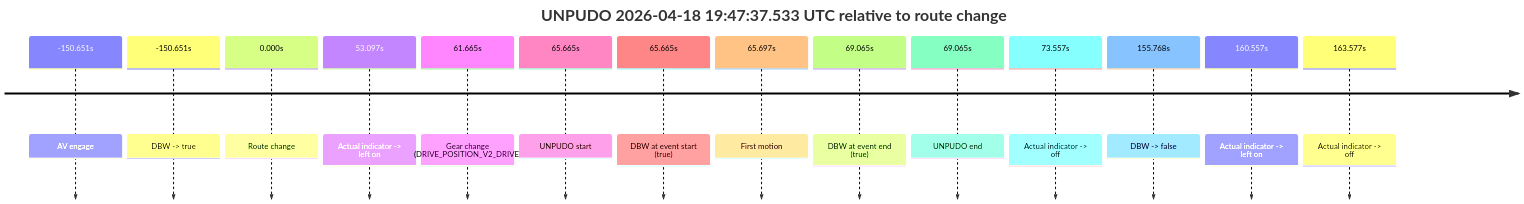
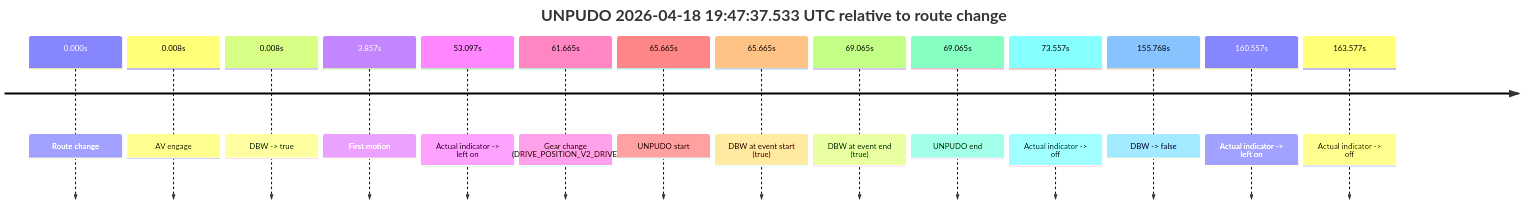
Before and after one commit to yoelshapiro/vault: the fifth of 5 diagrams in model_analysis/report_cards/2026/04/Week-3/fme20002--2026-04-18--19-15-35--gen2-av-5854f931-35f6-449b-83bc-06f77637cb31.md, drawn with Mermaid. The commit also changed other lines of this file and 41 other files, not shown here.

````diff
--- a/model_analysis/report_cards/2026/04/Week-3/fme20002--2026-04-18--19-15-35--gen2-av-5854f931-35f6-449b-83bc-06f77637cb31.md
+++ b/model_analysis/report_cards/2026/04/Week-3/fme20002--2026-04-18--19-15-35--gen2-av-5854f931-35f6-449b-83bc-06f77637cb31.md
@@ -233,18 +423,18 @@
 ```mermaid
 timeline
     title UNPUDO 2026-04-18 19:47:37.533 UTC relative to route change
-    -150.651s : AV engage
-    -150.651s : DBW -> true
     0.000s : Route change
+    0.008s : AV engage
+    0.008s : DBW -> true
+    3.857s : First motion
     53.097s : Actual indicator -> left on
     61.665s : Gear change (DRIVE_POSITION_V2_DRIVE)
     65.665s : UNPUDO start
     65.665s : DBW at event start (true)
-    65.697s : First motion
     69.065s : DBW at event end (true)
     69.065s : UNPUDO end
     73.557s : Actual indicator -> off
     155.768s : DBW -> false
     160.557s : Actual indicator -> left on
     163.577s : Actual indicator -> off
 ```
````
